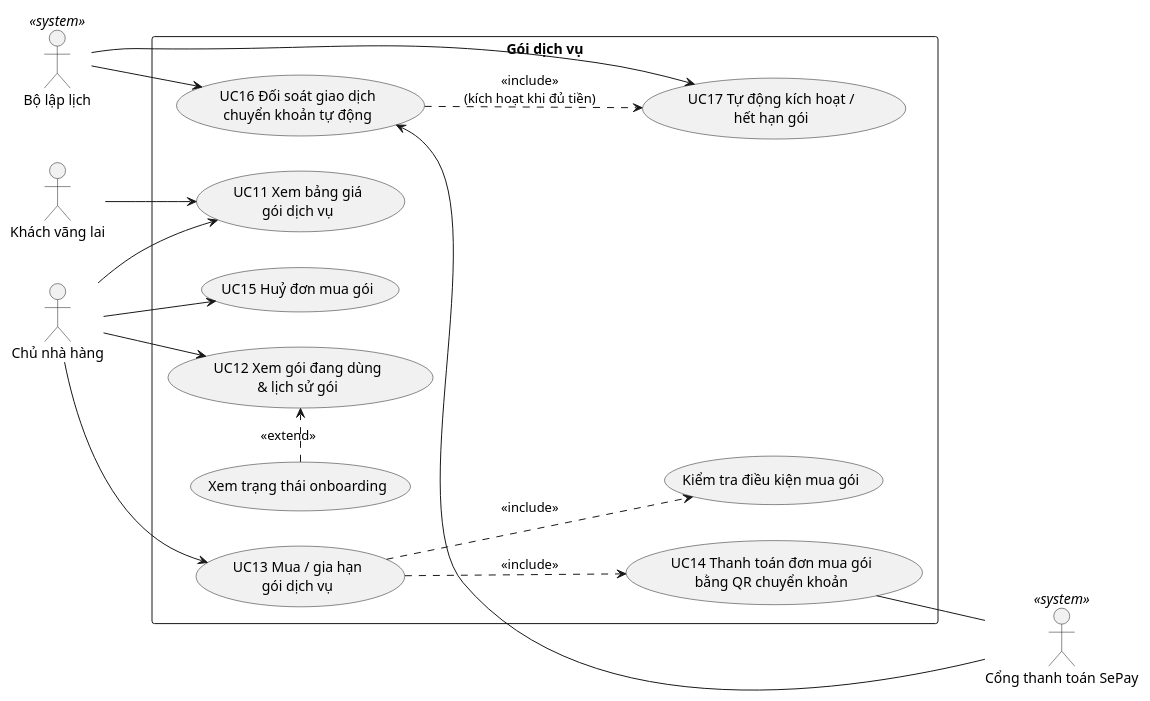
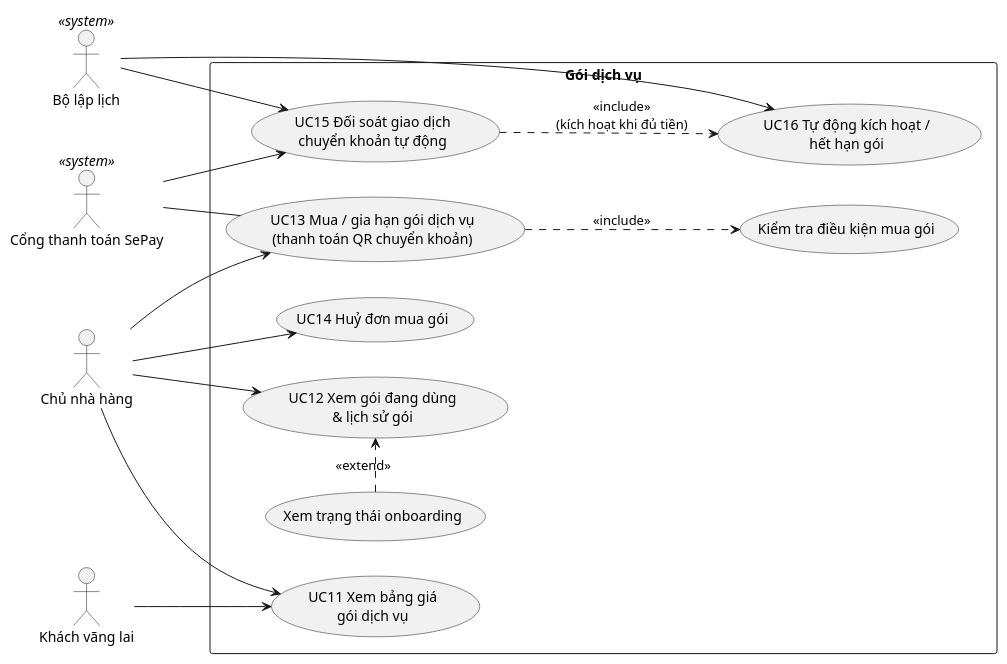
One commit to TruongHidu/XayPOS_be changed the first of 2 diagrams in docs/usecase/03-goi-dich-vu.md. Above: the diagram before and after it, drawn with PlantUML. The commit also changed other lines of this file and 50 other files, not shown here.

````diff
--- a/docs/usecase/03-goi-dich-vu.md
+++ b/docs/usecase/03-goi-dich-vu.md
@@ -5,37 +5,35 @@
 ```plantuml
 @startuml UC03_GoiDichVu
 left to right direction
 skinparam packageStyle rectangle
 
 actor "Khách vãng lai" as Visitor
 actor "Chủ nhà hàng" as Owner
 actor "Cổng thanh toán SePay" as SePay <<system>>
 actor "Bộ lập lịch" as Scheduler <<system>>
 
 rectangle "Gói dịch vụ" {
   usecase "UC11 Xem bảng giá\ngói dịch vụ" as UC11
   usecase "UC12 Xem gói đang dùng\n& lịch sử gói" as UC12
   usecase "Xem trạng thái onboarding" as UC12a
-  usecase "UC13 Mua / gia hạn\ngói dịch vụ" as UC13
-  usecase "UC14 Thanh toán đơn mua gói\nbằng QR chuyển khoản" as UC14
-  usecase "UC15 Huỷ đơn mua gói" as UC15
-  usecase "UC16 Đối soát giao dịch\nchuyển khoản tự động" as UC16
-  usecase "UC17 Tự động kích hoạt /\nhết hạn gói" as UC17
+  usecase "UC13 Mua / gia hạn gói dịch vụ\n(thanh toán QR chuyển khoản)" as UC13
+  usecase "UC14 Huỷ đơn mua gói" as UC14
+  usecase "UC15 Đối soát giao dịch\nchuyển khoản tự động" as UC15
+  usecase "UC16 Tự động kích hoạt /\nhết hạn gói" as UC16
   usecase "Kiểm tra điều kiện mua gói" as UCchk
 }
 
 Visitor --> UC11
 Owner --> UC11
 Owner --> UC12
 Owner --> UC13
-Owner --> UC15
+Owner --> UC14
 UC12a .> UC12 : <<extend>>
 UC13 ..> UCchk : <<include>>
-UC13 ..> UC14 : <<include>>
-UC14 -- SePay
-SePay --> UC16
+UC13 -- SePay
+SePay --> UC15
+Scheduler --> UC15
 Scheduler --> UC16
-Scheduler --> UC17
-UC16 ..> UC17 : <<include>>\n(kích hoạt khi đủ tiền)
+UC15 ..> UC16 : <<include>>\n(kích hoạt khi đủ tiền)
 @enduml
 ```
````
